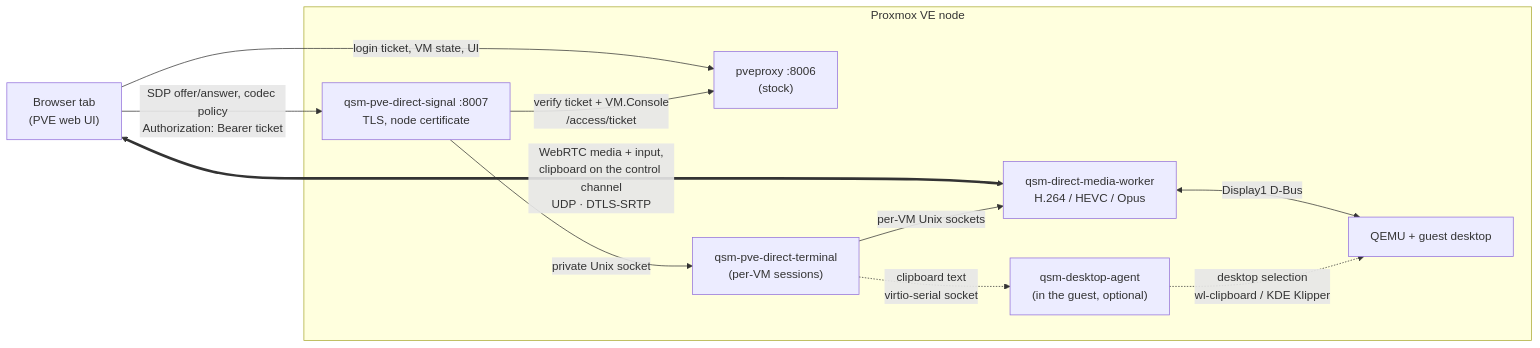
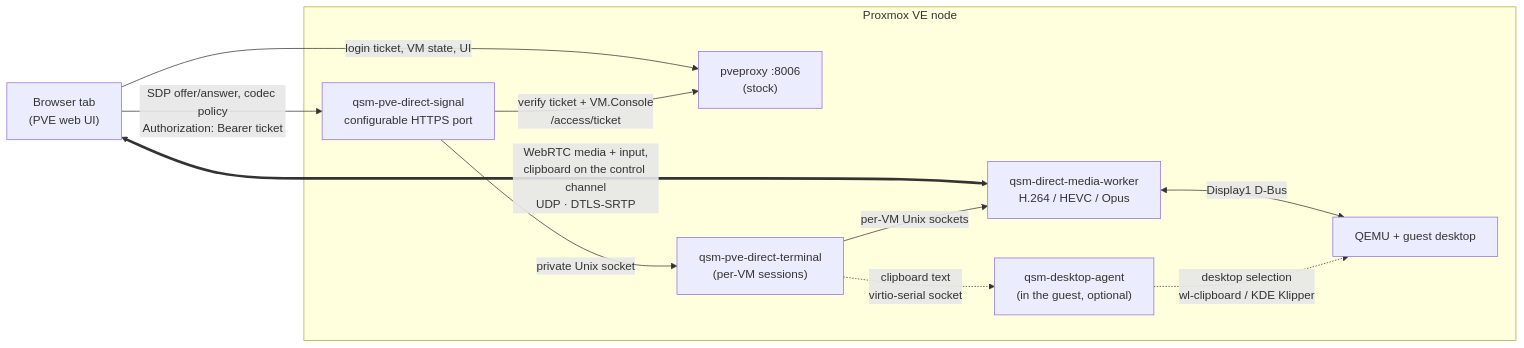
One commit to rdmitry0911/qsm-rd changed the diagram in qsm-direct/README.md. Above: the diagram before and after it, drawn with Mermaid. The commit also changed other lines of this file and 16 other files, not shown here.

````diff
--- a/qsm-direct/README.md
+++ b/qsm-direct/README.md
@@ -57,21 +81,21 @@
 ```mermaid
 flowchart LR
     browser["Browser tab<br/>(PVE web UI)"]
     subgraph node["Proxmox VE node"]
         pveproxy["pveproxy :8006<br/>(stock)"]
-        signal["qsm-pve-direct-signal :8007<br/>TLS, node certificate"]
+        signal["qsm-pve-direct-signal<br/>configurable HTTPS port"]
         terminal["qsm-pve-direct-terminal<br/>(per-VM sessions)"]
         worker["qsm-direct-media-worker<br/>H.264 / HEVC / Opus"]
         qemu["QEMU + guest desktop"]
         agent["qsm-desktop-agent<br/>(in the guest, optional)"]
     end
     browser -->|"login ticket, VM state, UI"| pveproxy
     browser -->|"SDP offer/answer, codec policy<br/>Authorization: Bearer ticket"| signal
     browser <==>|"WebRTC media + input,<br/>clipboard on the control channel<br/>UDP · DTLS-SRTP"| worker
     signal -->|"verify ticket + VM.Console<br/>/access/ticket"| pveproxy
     signal -->|"private Unix socket"| terminal
     terminal -->|"per-VM Unix sockets"| worker
     worker <-->|"Display1 D-Bus"| qemu
     terminal -.->|"clipboard text<br/>virtio-serial socket"| agent
     agent -.->|"desktop selection<br/>wl-clipboard / KDE Klipper"| qemu
 ```
````
